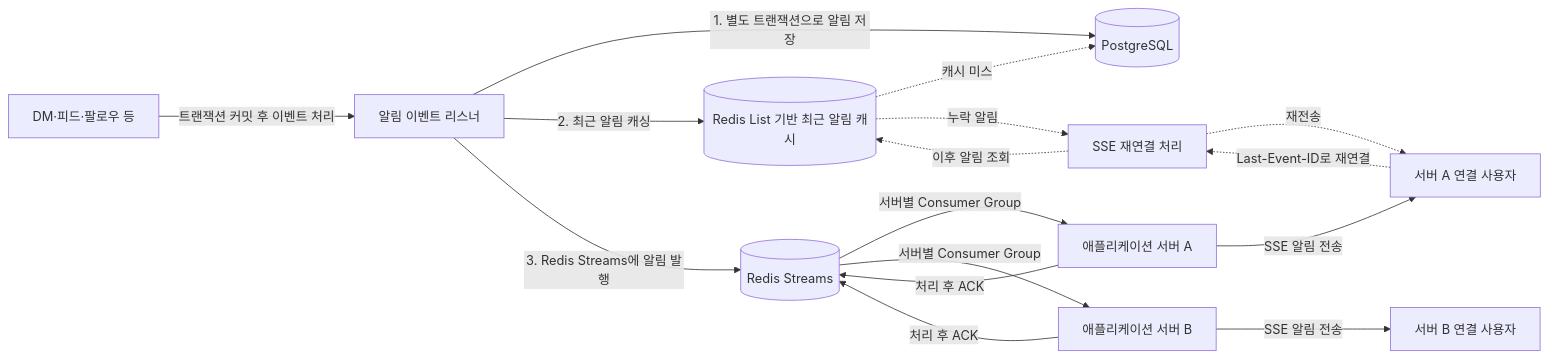
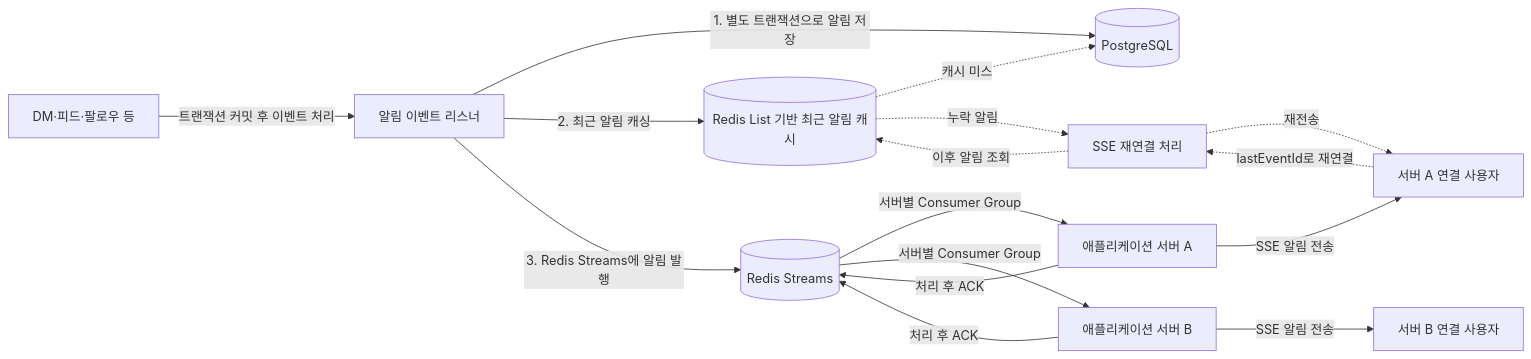
The second of 3 diagrams in README.md (HOGUN00/otboo-advance), drawn with Mermaid before and after one commit. The commit also changed other lines of this file, not shown here.

Commit message:
docs: lastEventId로 README 수정

````diff
--- a/README.md
+++ b/README.md
@@ -65,20 +65,20 @@
 ```mermaid
 flowchart LR
     Domain[DM·피드·팔로우 등] -->|트랜잭션 커밋 후 이벤트 처리| Listener[알림 이벤트 리스너]
     Listener -->|1. 별도 트랜잭션으로 알림 저장| DB[(PostgreSQL)]
     Listener -->|2. 최근 알림 캐싱| Cache[(Redis List 기반 최근 알림 캐시)]
     Listener -->|3. Redis Streams에 알림 발행| Stream[(Redis Streams)]
 
     Stream -->|서버별 Consumer Group| ConsumerA[애플리케이션 서버 A]
     Stream -->|서버별 Consumer Group| ConsumerB[애플리케이션 서버 B]
     ConsumerA -->|SSE 알림 전송| ClientA[서버 A 연결 사용자]
     ConsumerB -->|SSE 알림 전송| ClientB[서버 B 연결 사용자]
     ConsumerA -->|처리 후 ACK| Stream
     ConsumerB -->|처리 후 ACK| Stream
 
-    ClientA -.->|Last-Event-ID로 재연결| Replay[SSE 재연결 처리]
+    ClientA -.->|lastEventId로 재연결| Replay[SSE 재연결 처리]
     Replay -.->|이후 알림 조회| Cache
     Cache -.->|캐시 미스| DB
     Cache -.->|누락 알림| Replay
     Replay -.->|재전송| ClientA
 ```
````
